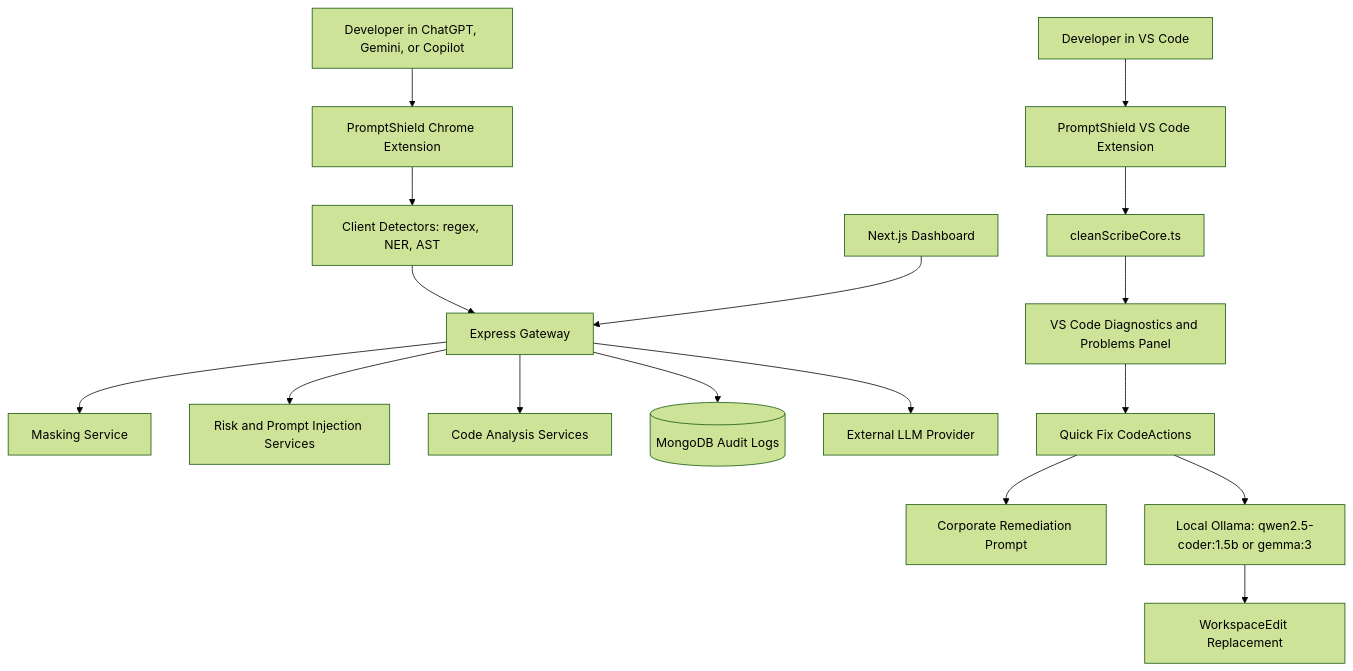
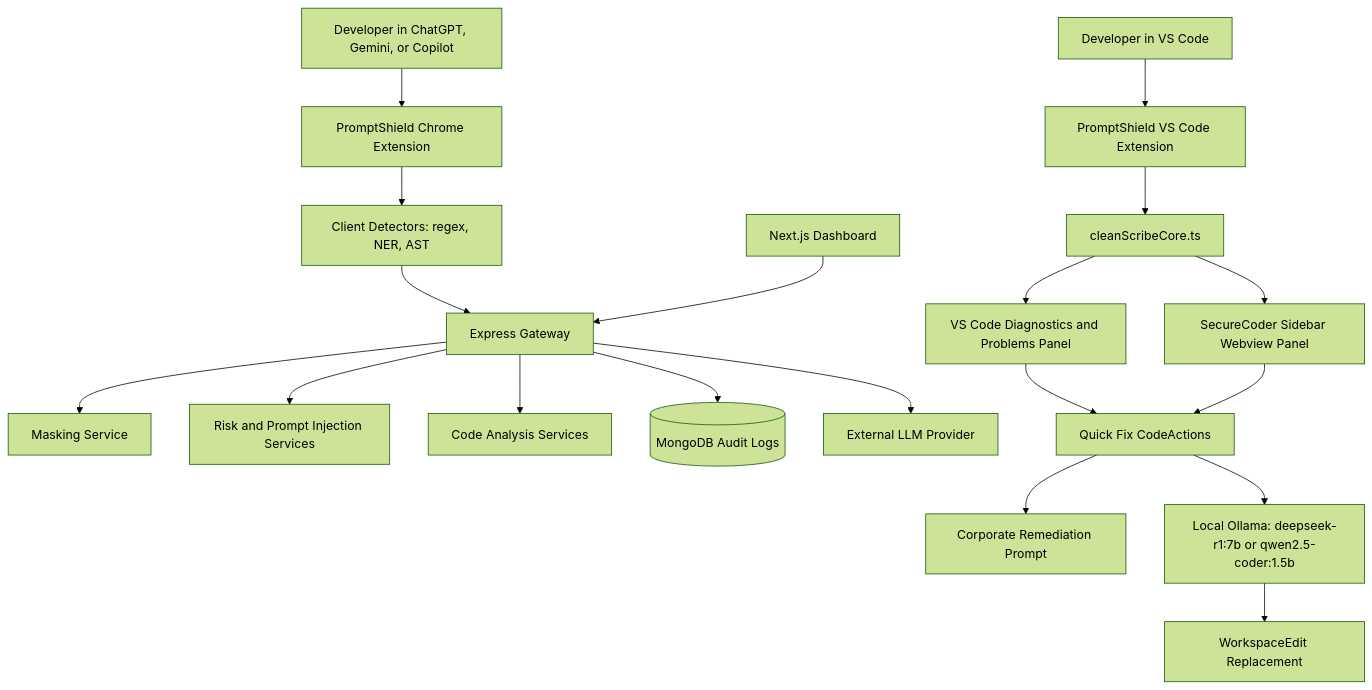
The first of 3 diagrams in README.md (abhayshaw1601/PromptSheild), drawn with Mermaid (forest theme) before and after one commit. The commit also changed other lines of this file and 1 other file, not shown here.

````diff
--- a/README.md
+++ b/README.md
@@ -54,21 +54,23 @@
 ```mermaid
 flowchart TD
     UserBrowser["Developer in ChatGPT, Gemini, or Copilot"] --> ChromeExt["PromptShield Chrome Extension"]
     ChromeExt --> BrowserParser["Client Detectors: regex, NER, AST"]
     BrowserParser --> Gateway["Express Gateway"]
     Gateway --> Masking["Masking Service"]
     Gateway --> Risk["Risk and Prompt Injection Services"]
     Gateway --> CodeAnalysis["Code Analysis Services"]
     Gateway --> AuditStore[("MongoDB Audit Logs")]
     Gateway --> CloudLLM["External LLM Provider"]
 
     IDE["Developer in VS Code"] --> VSCodeExt["PromptShield VS Code Extension"]
     VSCodeExt --> CoreEngine["cleanScribeCore.ts"]
     CoreEngine --> Diagnostics["VS Code Diagnostics and Problems Panel"]
+    CoreEngine --> Sidebar["SecureCoder Sidebar Webview Panel"]
     Diagnostics --> CodeActions["Quick Fix CodeActions"]
+    Sidebar --> CodeActions
     CodeActions --> Clipboard["Corporate Remediation Prompt"]
-    CodeActions --> Ollama["Local Ollama: qwen2.5-coder:1.5b or gemma:3"]
+    CodeActions --> Ollama["Local Ollama: deepseek-r1:7b or qwen2.5-coder:1.5b"]
     Ollama --> WorkspaceEdit["WorkspaceEdit Replacement"]
 
     Dashboard["Next.js Dashboard"] --> Gateway
 ```
````
